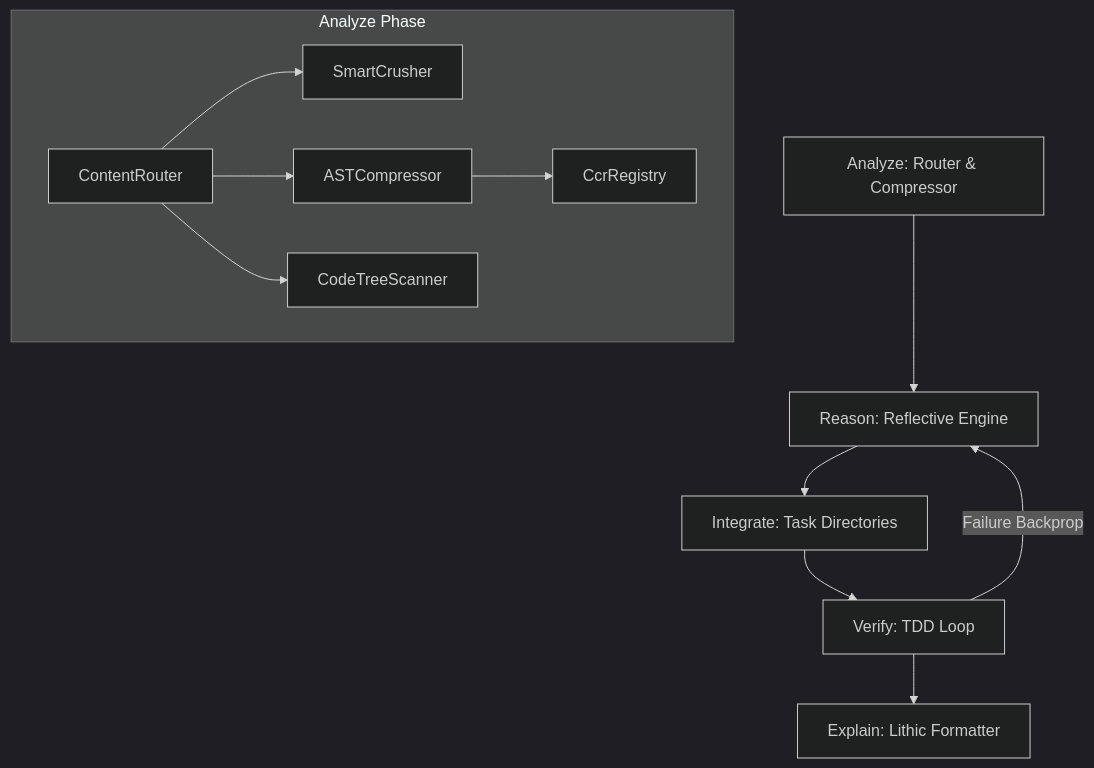
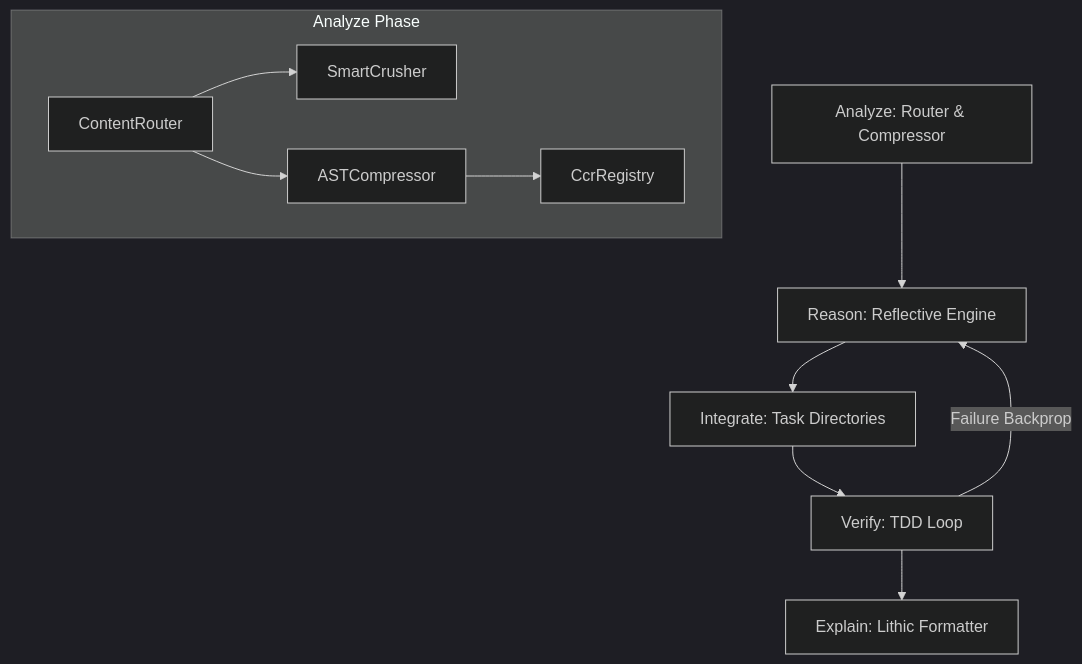
One commit to sixtysixx/ARIVE changed the diagram in README.md. Above: the diagram before and after it, drawn with Mermaid (dark theme). The commit also changed other lines of this file and 35 other files, not shown here.

````diff
--- a/README.md
+++ b/README.md
@@ -113,15 +42,14 @@
 ```mermaid
 graph TD
     A[Analyze: Router & Compressor] --> R[Reason: Reflective Engine]
     R --> I[Integrate: Task Directories]
     I --> V[Verify: TDD Loop]
     V -- Failure Backprop --> R
     V --> E[Explain: Lithic Formatter]
 
     subgraph Analyze Phase
         ContentRouter --> SmartCrusher
         ContentRouter --> ASTCompressor
-        ContentRouter --> CodeTreeScanner
         ASTCompressor --> CcrRegistry
     end
 ```
````
